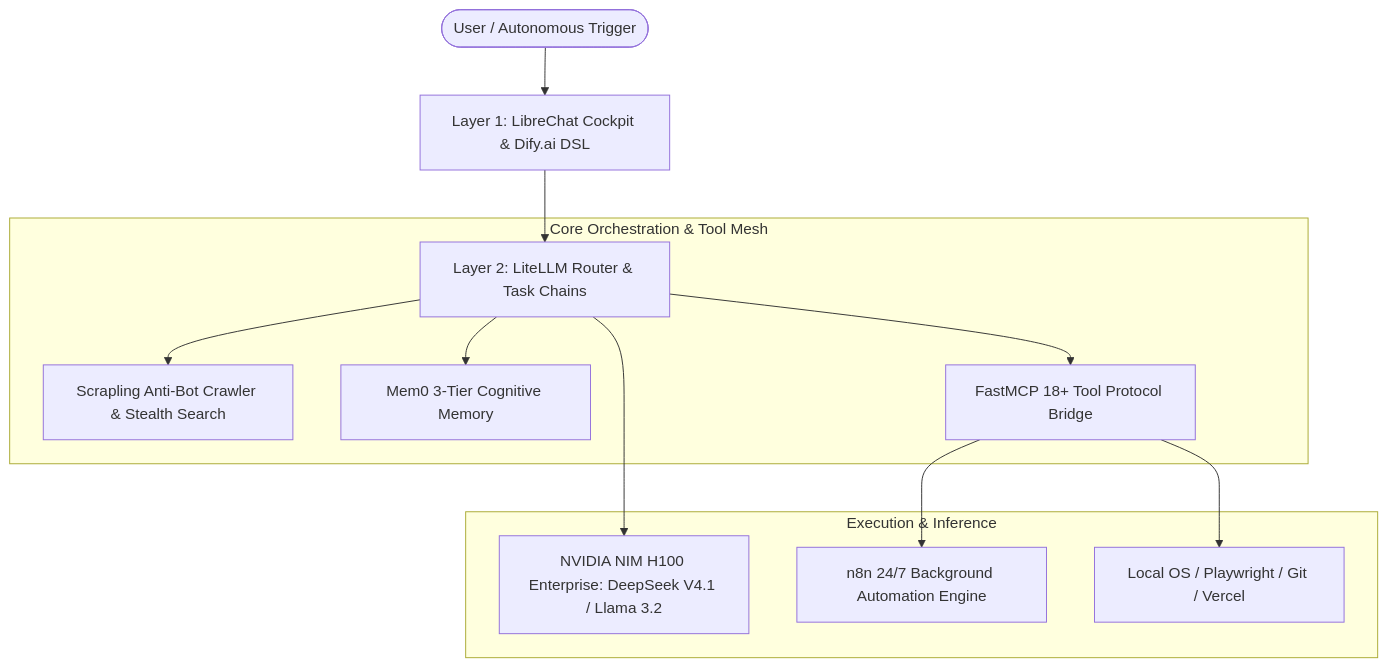
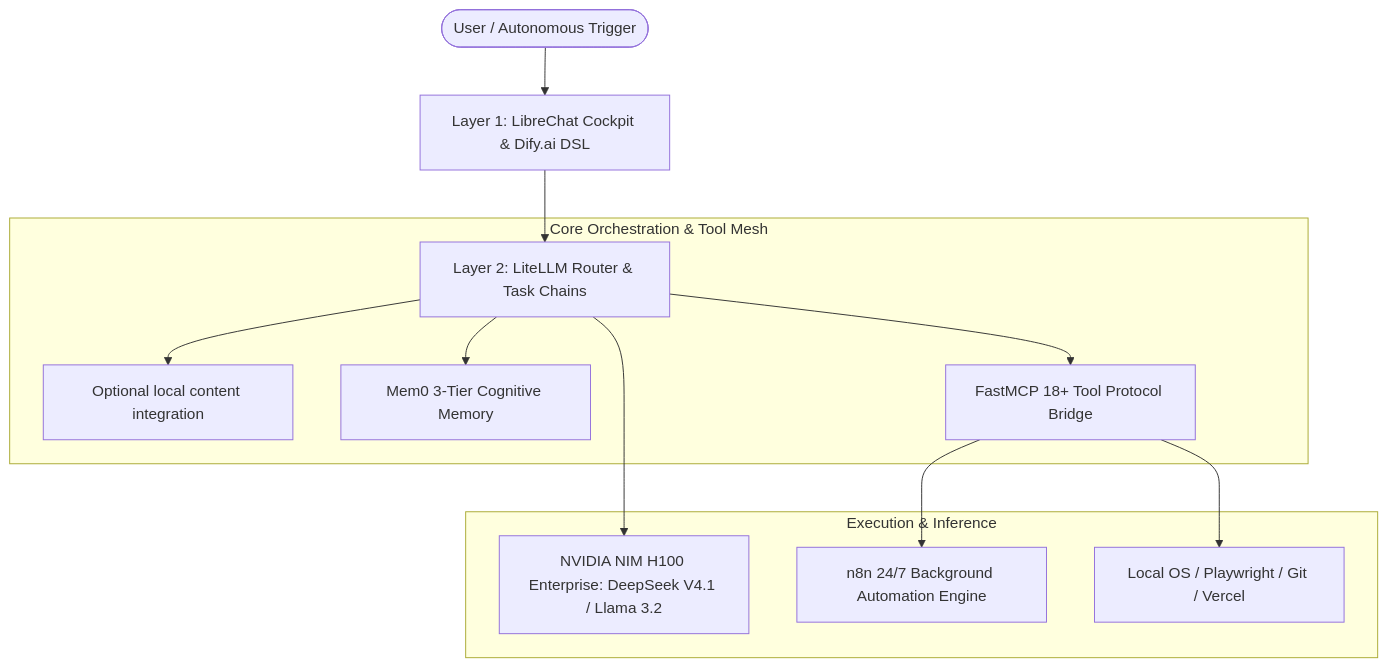
One commit to m4stanuj/M4STCLAW changed the diagram in README.md. Above: the diagram before and after it, drawn with Mermaid. The commit also changed other lines of this file and 12 other files, not shown here.

````diff
--- a/README.md
+++ b/README.md
@@ -35,17 +34,17 @@
 ```mermaid
 graph TD
     User([User / Autonomous Trigger]) --> Cockpit[Layer 1: LibreChat Cockpit & Dify.ai DSL]
     Cockpit --> Router[Layer 2: LiteLLM Router & Task Chains]
     
     subgraph "Core Orchestration & Tool Mesh"
-        Router --> Scrapling[Scrapling Anti-Bot Crawler & Stealth Search]
+        Router --> Scrapling[Optional local content integration]
         Router --> Mem0[Mem0 3-Tier Cognitive Memory]
         Router --> FastMCP[FastMCP 18+ Tool Protocol Bridge]
     end
     
     subgraph "Execution & Inference"
         Router --> NIM[NVIDIA NIM H100 Enterprise: DeepSeek V4.1 / Llama 3.2]
         FastMCP --> N8N[n8n 24/7 Background Automation Engine]
         FastMCP --> Host[Local OS / Playwright / Git / Vercel]
     end
 ```
````
